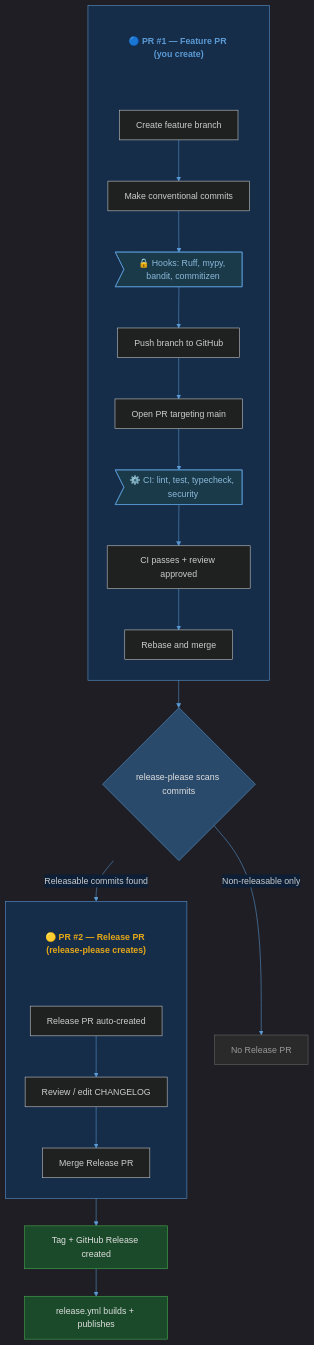
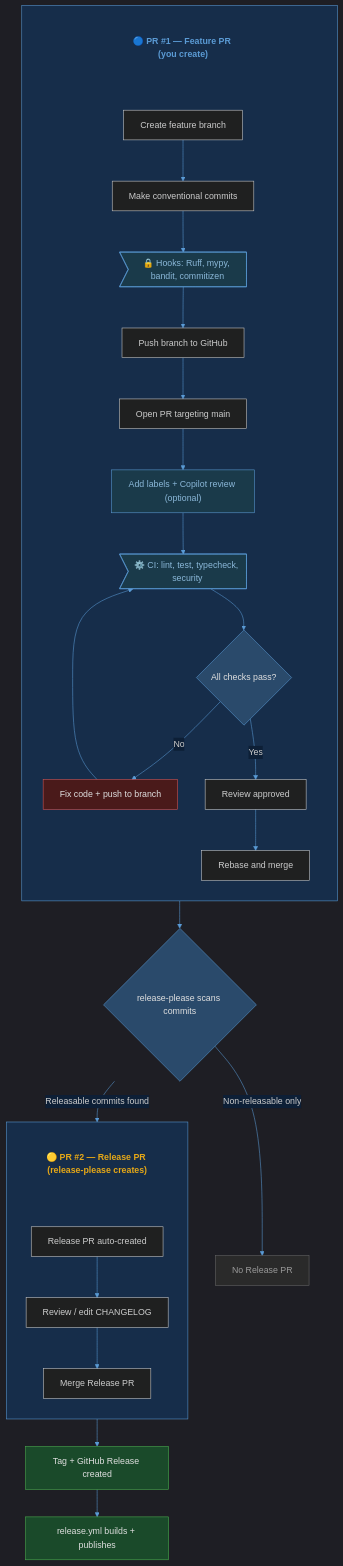
Before and after one commit to JoJo275/simple-python-boilerplate: the first of 3 diagrams in docs/releasing.md, drawn with Mermaid. The commit also changed other lines of this file and 1 other file, not shown here.

Commit message:
docs: correct suggested branch rename format in pull request draft template

````diff
--- a/docs/releasing.md
+++ b/docs/releasing.md
@@ -21,41 +21,48 @@
 ```mermaid
 %%{init: {'theme': 'dark', 'themeVariables': {'primaryColor': '#1e3a5f', 'primaryTextColor': '#e0e0e0', 'primaryBorderColor': '#5b9bd5', 'lineColor': '#5b9bd5', 'secondaryColor': '#162d4a', 'tertiaryColor': '#0d1f36', 'edgeLabelBackground': '#0d1f36', 'clusterBkg': '#162d4a', 'clusterBorder': '#5b9bd5'}}}%%
 flowchart TD
     subgraph PR1[" "]
         direction TB
         PR1_title["🔵 PR #1 — Feature PR (you create)"]
         PR1_title ~~~ A
         A[Create feature branch] --> B[Make conventional commits]
         B --> B_hook>"🔒 Hooks: Ruff, mypy, bandit, commitizen"]
         B_hook --> C[Push branch to GitHub]
         C --> D[Open PR targeting main]
-        D --> D_ci>"⚙️ CI: lint, test, typecheck, security"]
-        D_ci --> E[CI passes + review approved]
+        D --> D_labels["Add labels + Copilot review (optional)"]
+        D_labels --> D_ci>"⚙️ CI: lint, test, typecheck, security"]
+        D_ci --> D_check{All checks pass?}
+        D_check -->|No| D_fix[Fix code + push to branch]
+        D_fix --> D_ci
+        D_check -->|Yes| E[Review approved]
         E --> F[Rebase and merge]
     end
 
     F --> G{release-please scans commits}
     G -->|Non-releasable only| H[No Release PR]
     G -->|Releasable commits found| I
 
     subgraph PR2[" "]
         direction TB
         PR2_title["🟡 PR #2 — Release PR (release-please creates)"]
         PR2_title ~~~ I
         I[Release PR auto-created]
         I --> J[Review / edit CHANGELOG]
         J --> K[Merge Release PR]
     end
 
     K --> L[Tag + GitHub Release created]
     L --> M[release.yml builds + publishes]
 
     style PR1_title fill:none,stroke:none,color:#5b9bd5,font-weight:bold
     style PR2_title fill:none,stroke:none,color:#e6a817,font-weight:bold
     style B_hook fill:#1a3a4a,stroke:#5b9bd5,color:#8bb8d9
+    style D_labels fill:#1a3a4a,stroke:#5b9bd5,color:#8bb8d9
     style D_ci fill:#1a3a4a,stroke:#5b9bd5,color:#8bb8d9
+    style D_check fill:#2a4a6b,stroke:#5b9bd5,color:#e0e0e0
+    style D_fix fill:#4a1a1a,stroke:#d45757,color:#e0e0e0
     style G fill:#2a4a6b,stroke:#5b9bd5,color:#e0e0e0
     style H fill:#2a2a2a,stroke:#666,color:#999
     style L fill:#1a4a2a,stroke:#4caf50,color:#e0e0e0
     style M fill:#1a4a2a,stroke:#4caf50,color:#e0e0e0
 ```
````
